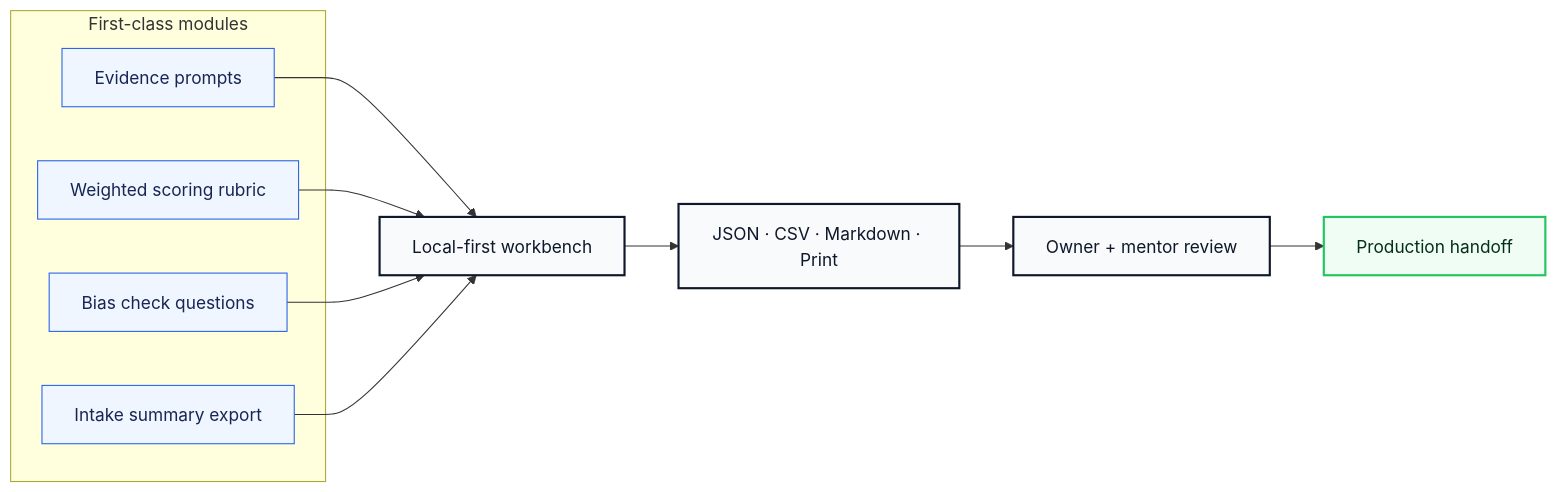
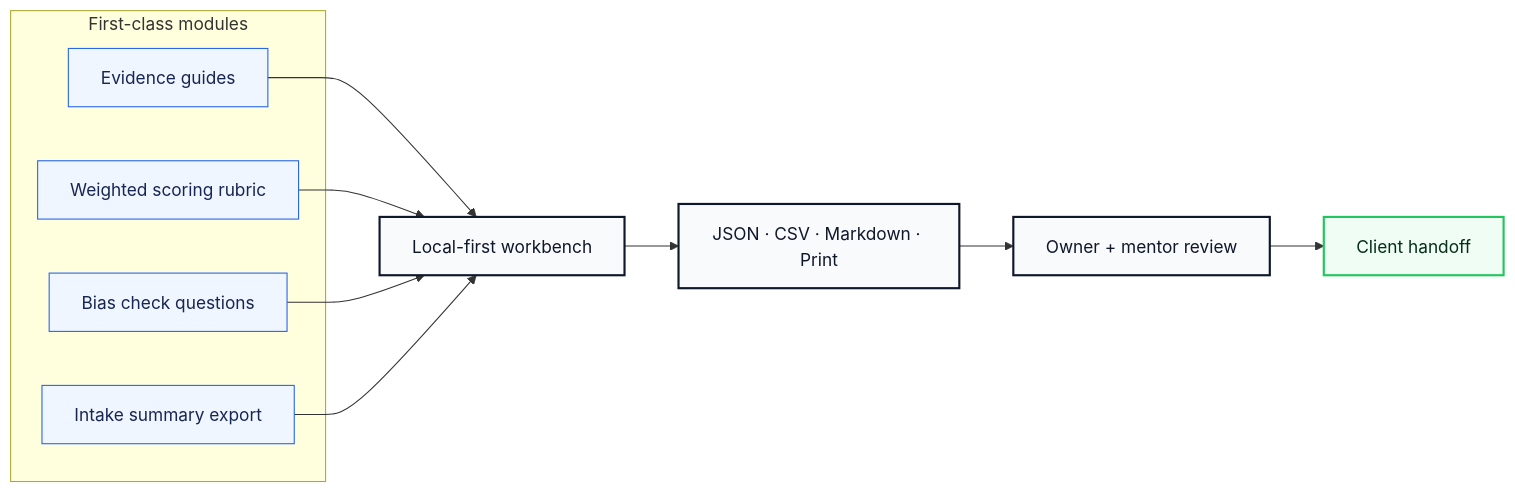
Before and after one commit to volta-npo/digital-gap-scorecard: the second of 3 diagrams in README.md, drawn with Mermaid. The commit also changed other lines of this file and 35 other files, not shown here.

````diff
--- a/README.md
+++ b/README.md
@@ -64,23 +64,23 @@
 ```mermaid
 flowchart LR
     subgraph Modules["First-class modules"]
-        M1["Evidence prompts"]
+        M1["Evidence guides"]
         M2["Weighted scoring rubric"]
         M3["Bias check questions"]
         M4["Intake summary export"]
     end
     M1 --> Workbench
     M2 --> Workbench
     M3 --> Workbench
     M4 --> Workbench
     Workbench["Local-first workbench"] --> Exports["JSON · CSV · Markdown · Print"]
     Exports --> Review["Owner + mentor review"]
-    Review --> Launch["Production handoff"]
+    Review --> Launch["Client handoff"]
 
     classDef module fill:#eff6ff,stroke:#2563eb,color:#172554;
     classDef app fill:#f8fafc,stroke:#0f172a,color:#0f172a,stroke-width:2px;
     classDef launch fill:#f0fdf4,stroke:#22c55e,color:#052e16,stroke-width:2px;
     class M1,M2,M3,M4 module;
     class Workbench,Exports,Review app;
     class Launch launch;
 ```
````
